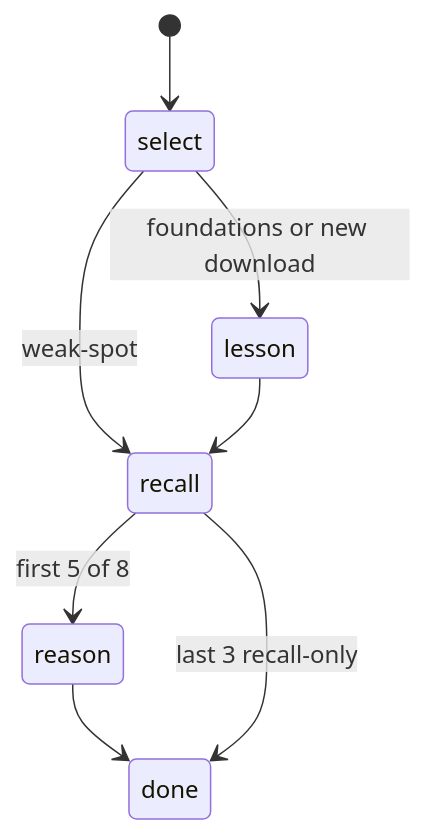
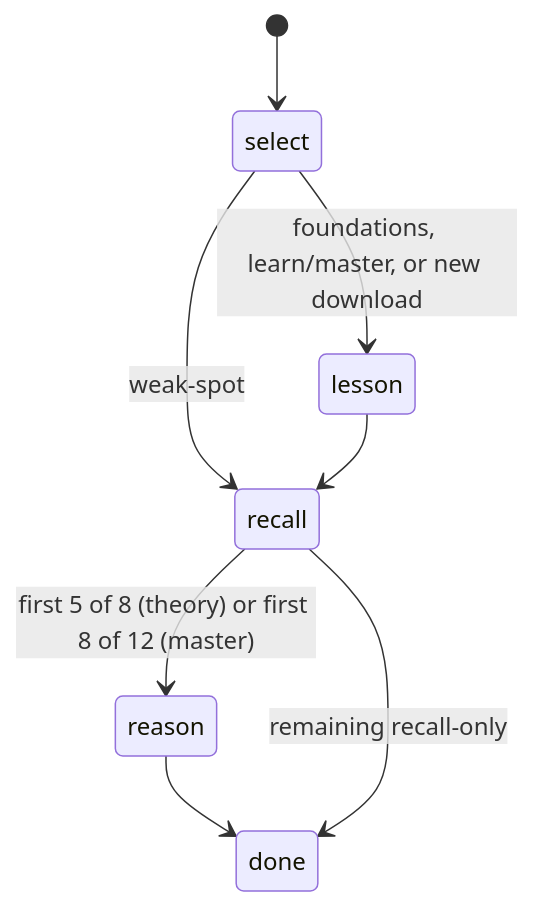
Before and after one commit to FortakenJay/Chess-Website: the second of 2 diagrams in docs/humans/_openings/Openings.md, drawn with Mermaid. The commit also changed other lines of this file and 86 other files, not shown here.

````diff
--- a/docs/humans/_openings/Openings.md
+++ b/docs/humans/_openings/Openings.md
@@ -39,10 +43,10 @@
 ```mermaid
 stateDiagram-v2
   [*] --> select
-  select --> lesson: foundations or new download
+  select --> lesson: foundations, learn/master, or new download
   select --> recall: weak-spot
   lesson --> recall
-  recall --> reason: first 5 of 8
+  recall --> reason: first 5 of 8 (theory) or first 8 of 12 (master)
   reason --> done
-  recall --> done: last 3 recall-only
+  recall --> done: remaining recall-only
 ```
````
